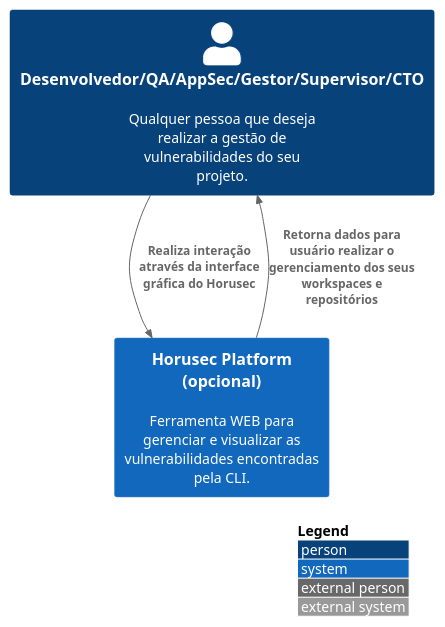
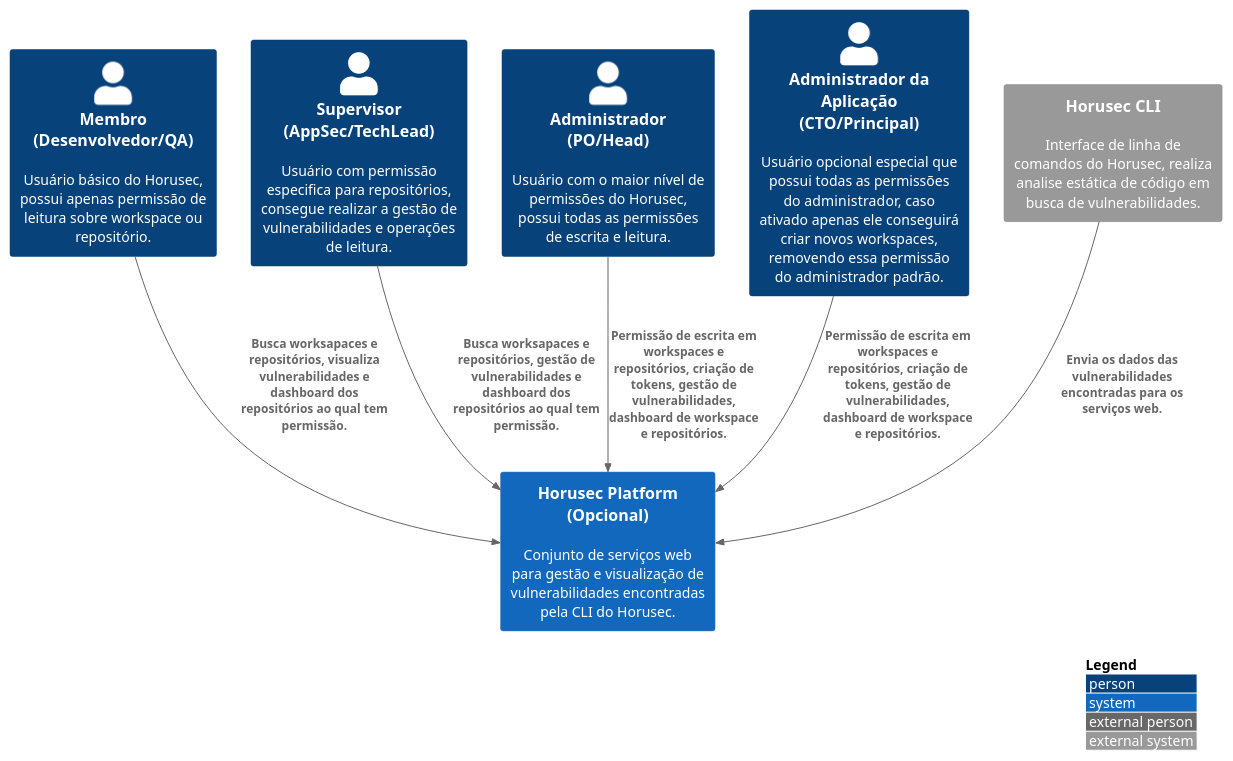
The diagram in src/Horusec-Platform/C1-Model/c1.puml (ZupIT/horusec-c4model), drawn with PlantUML before and after one commit. The commit also changed 1 other file, not shown here.

Commit message:
Adding platform c1 and c2 models

```diff
--- a/src/Horusec-Platform/C1-Model/c1.puml
+++ b/src/Horusec-Platform/C1-Model/c1.puml
@@ -1,13 +1,22 @@
 @startuml horusec-platform-c1
 !include https://raw.githubusercontent.com/adrianvlupu/C4-PlantUML/latest/C4_Context.puml
 
 LAYOUT_WITH_LEGEND()
 
-Person(user, "Desenvolvedor/QA/AppSec/Gestor/Supervisor/CTO", "Qualquer pessoa que deseja realizar a gestão de vulnerabilidades do seu projeto.")
-System(horusecPlatform, "Horusec Platform (opcional)", "Ferramenta WEB para gerenciar e visualizar as vulnerabilidades encontradas pela CLI.")
+Person(developer, "Membro (Desenvolvedor/QA)", "Usuário básico do Horusec, possui apenas permissão de leitura sobre workspace ou repositório.")
+Person(supervisor, "Supervisor (AppSec/TechLead)", "Usuário com permissão especifica para repositórios, consegue realizar a gestão de vulnerabilidades e operações de leitura.")
+Person(admin, "Administrador (PO/Head)", "Usuário com o maior nível de permissões do Horusec, possui todas as permissões de escrita e leitura.")
+Person(applicationAdmin, "Administrador da Aplicação (CTO/Principal)", "Usuário opcional especial que possui todas as permissões do administrador, caso ativado apenas ele conseguirá criar novos workspaces, removendo essa permissão do administrador padrão.")
 
-Rel(user, horusecPlatform, "Realiza interação através da interface gráfica do Horusec")
+System(horusecPlatform, "Horusec Platform (Opcional)", "Conjunto de serviços web para gestão e visualização de vulnerabilidades encontradas pela CLI do Horusec.")
 
-Rel(horusecPlatform, user, "Retorna dados para usuário realizar o gerenciamento dos seus workspaces e repositórios")
+System_Ext(horusecCLI, "Horusec CLI", "Interface de linha de comandos do Horusec, realiza analise estática de código em busca de vulnerabilidades.")
+
+Rel(developer, horusecPlatform, "Busca worksapaces e repositórios, visualiza vulnerabilidades e dashboard dos repositórios ao qual tem permissão.")
+Rel(supervisor, horusecPlatform, "Busca worksapaces e repositórios, gestão de vulnerabilidades e dashboard dos repositórios ao qual tem permissão.")
+Rel(admin, horusecPlatform, "Permissão de escrita em workspaces e repositórios, criação de tokens, gestão de vulnerabilidades, dashboard de workspace e repositórios.")
+Rel(applicationAdmin, horusecPlatform, "Permissão de escrita em workspaces e repositórios, criação de tokens, gestão de vulnerabilidades, dashboard de workspace e repositórios.")
+
+Rel(horusecCLI, horusecPlatform, "Envia os dados das vulnerabilidades encontradas para os serviços web.")
 
 @enduml
```
